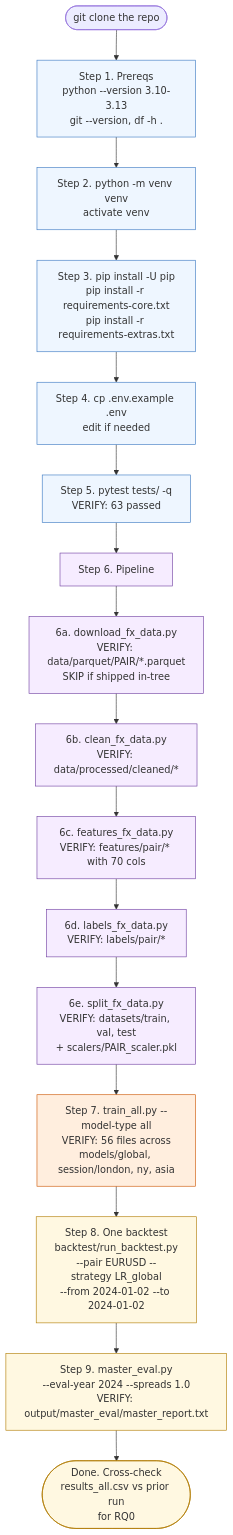
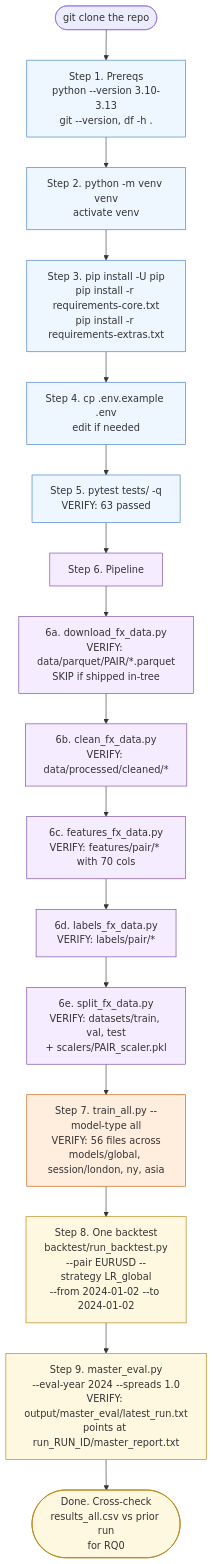
Before and after one commit to Kanyal-HarsH/forex-algo-trading: the second of 2 diagrams in docs/REPLICATION.md, drawn with Mermaid. The commit also changed other lines of this file and 2 other files, not shown here.

First line of the commit message:
feat: master_eval writes per-run subfolders + latest_run.txt pointer

````diff
--- a/docs/REPLICATION.md
+++ b/docs/REPLICATION.md
@@ -143,29 +143,29 @@
 ```mermaid
 flowchart TD
     B0([git clone the repo]) --> B1[Step 1. Prereqs<br/>python --version 3.10-3.13<br/>git --version, df -h .]
     B1 --> B2[Step 2. python -m venv venv<br/>activate venv]
     B2 --> B3[Step 3. pip install -U pip<br/>pip install -r requirements-core.txt<br/>pip install -r requirements-extras.txt]
     B3 --> B4[Step 4. cp .env.example .env<br/>edit if needed]
     B4 --> B5[Step 5. pytest tests/ -q<br/>VERIFY: 63 passed]
     B5 --> B6[Step 6. Pipeline]
 
     B6 --> B6a[6a. download_fx_data.py<br/>VERIFY: data/parquet/PAIR/*.parquet<br/>SKIP if shipped in-tree]
     B6a --> B6b[6b. clean_fx_data.py<br/>VERIFY: data/processed/cleaned/*]
     B6b --> B6c[6c. features_fx_data.py<br/>VERIFY: features/pair/* with 70 cols]
     B6c --> B6d[6d. labels_fx_data.py<br/>VERIFY: labels/pair/*]
     B6d --> B6e[6e. split_fx_data.py<br/>VERIFY: datasets/train, val, test<br/>+ scalers/PAIR_scaler.pkl]
 
     B6e --> B7[Step 7. train_all.py --model-type all<br/>VERIFY: 56 files across<br/>models/global, session/london, ny, asia]
     B7 --> B8[Step 8. One backtest<br/>backtest/run_backtest.py<br/>--pair EURUSD --strategy LR_global<br/>--from 2024-01-02 --to 2024-01-02]
-    B8 --> B9[Step 9. master_eval.py<br/>--eval-year 2024 --spreads 1.0<br/>VERIFY: output/master_eval/master_report.txt]
+    B8 --> B9[Step 9. master_eval.py<br/>--eval-year 2024 --spreads 1.0<br/>VERIFY: output/master_eval/latest_run.txt<br/>points at run_RUN_ID/master_report.txt]
     B9 --> B_END([Done. Cross-check<br/>results_all.csv vs prior run<br/>for RQ0])
 
     classDef setup fill:#eef6ff,stroke:#3a78c2;
     classDef pipe fill:#f6ecff,stroke:#6f3fa1;
     classDef train fill:#ffeede,stroke:#cc5500;
     classDef done fill:#fff8e1,stroke:#b07b00;
     class B1,B2,B3,B4,B5 setup;
     class B6,B6a,B6b,B6c,B6d,B6e pipe;
     class B7 train;
     class B8,B9,B_END done;
 ```
````
